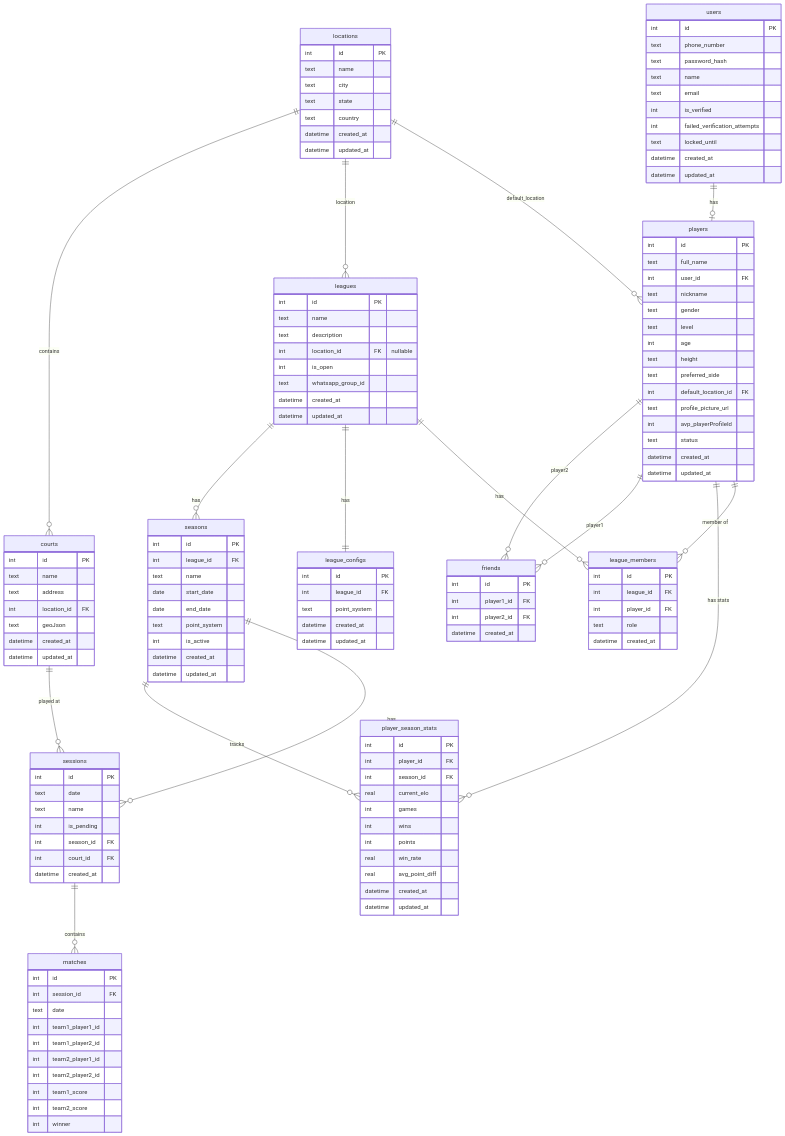
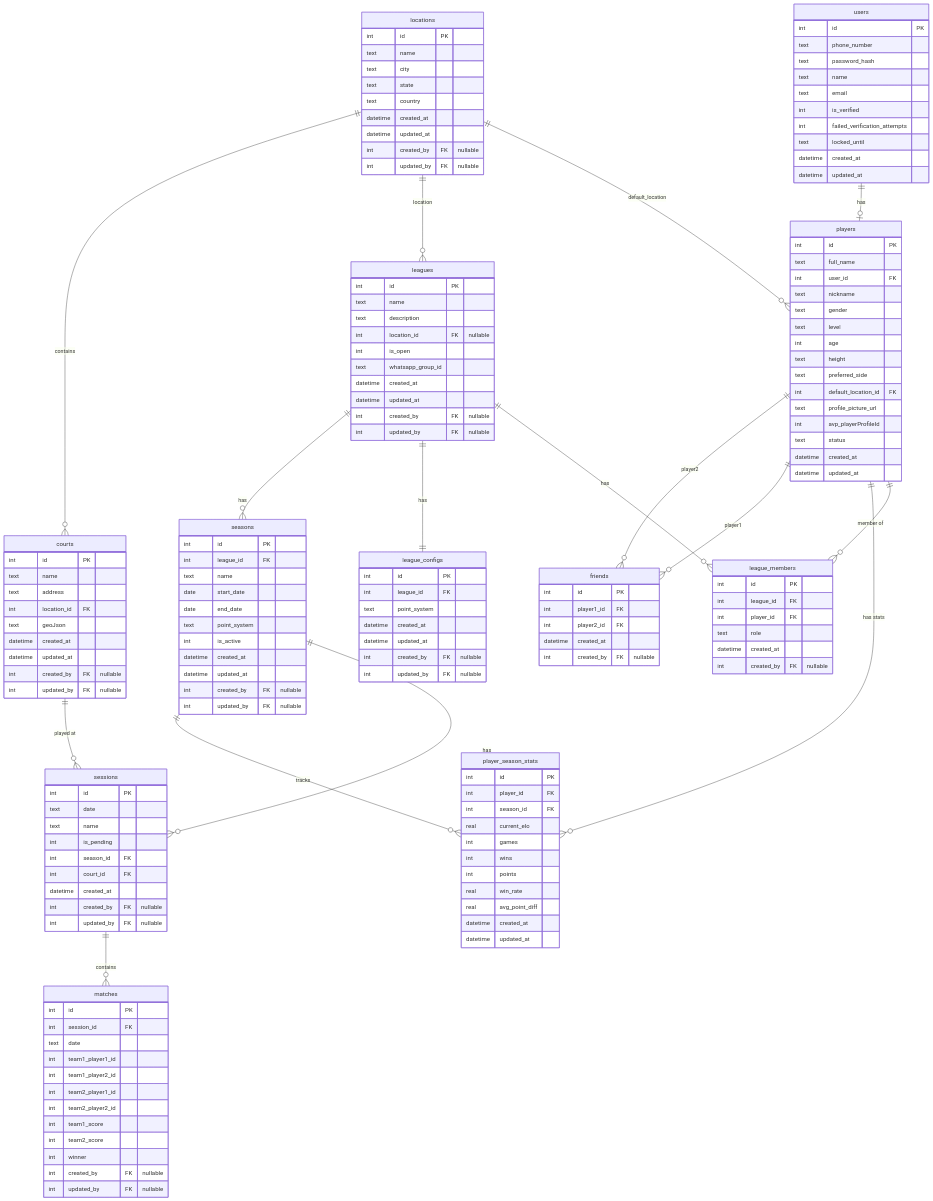
The diagram in DATABASE_SCHEMA.md (pschwagler/beach-kings), drawn with Mermaid before and after one commit. The commit also changed other lines of this file and 11 other files, not shown here.

````diff
--- a/DATABASE_SCHEMA.md
+++ b/DATABASE_SCHEMA.md
@@ -60,6 +60,8 @@
         text whatsapp_group_id
         datetime created_at
         datetime updated_at
+        int created_by FK "nullable"
+        int updated_by FK "nullable"
     }
 
     league_configs {
@@ -68,6 +70,8 @@
         text point_system
         datetime created_at
         datetime updated_at
+        int created_by FK "nullable"
+        int updated_by FK "nullable"
     }
 
     league_members {
@@ -76,6 +80,7 @@
         int player_id FK
         text role
         datetime created_at
+        int created_by FK "nullable"
     }
 
     seasons {
@@ -88,6 +93,8 @@
         int is_active
         datetime created_at
         datetime updated_at
+        int created_by FK "nullable"
+        int updated_by FK "nullable"
     }
 
     sessions {
@@ -98,6 +105,8 @@
         int season_id FK
         int court_id FK
         datetime created_at
+        int created_by FK "nullable"
+        int updated_by FK "nullable"
     }
 
     player_season_stats {
@@ -122,6 +131,8 @@
         text country
         datetime created_at
         datetime updated_at
+        int created_by FK "nullable"
+        int updated_by FK "nullable"
     }
 
     courts {
@@ -132,6 +143,8 @@
         text geoJson
         datetime created_at
         datetime updated_at
+        int created_by FK "nullable"
+        int updated_by FK "nullable"
     }
 
     friends {
@@ -139,6 +152,7 @@
         int player1_id FK
         int player2_id FK
         datetime created_at
+        int created_by FK "nullable"
     }
 
     matches {
@@ -152,5 +166,7 @@
         int team1_score
         int team2_score
         int winner
+        int created_by FK "nullable"
+        int updated_by FK "nullable"
     }
 ```
````
